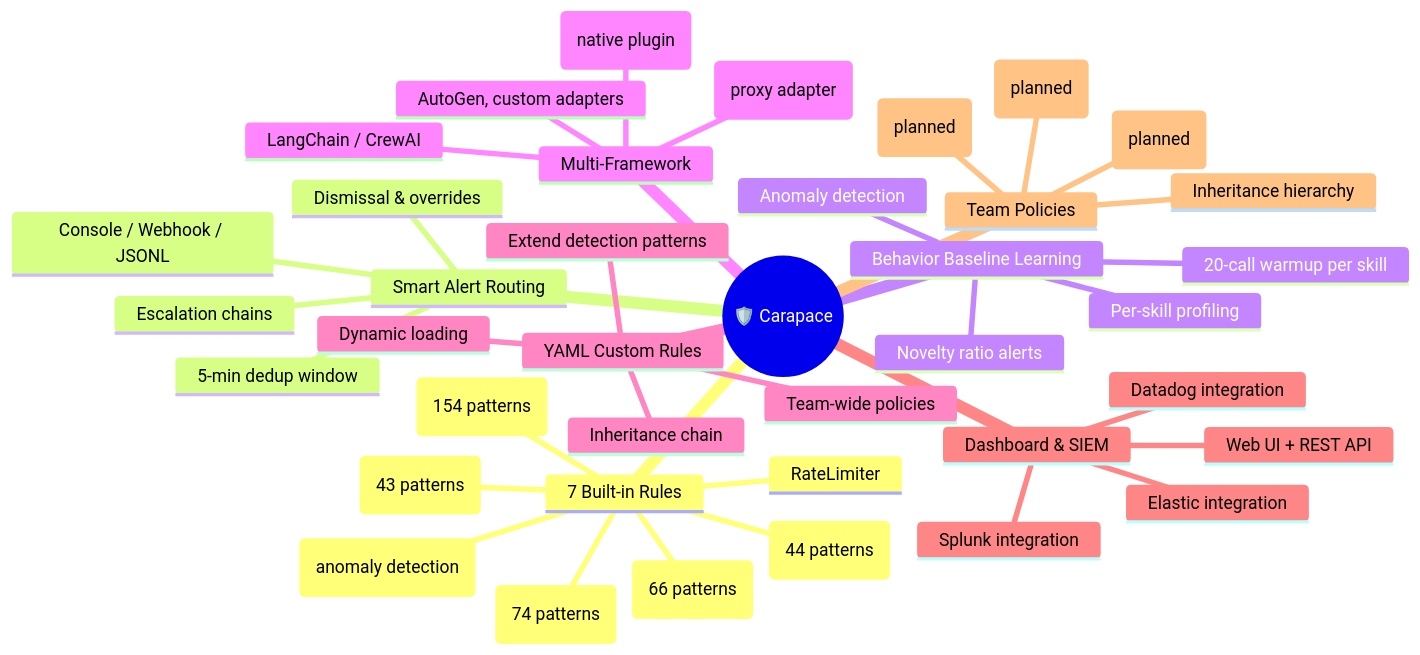
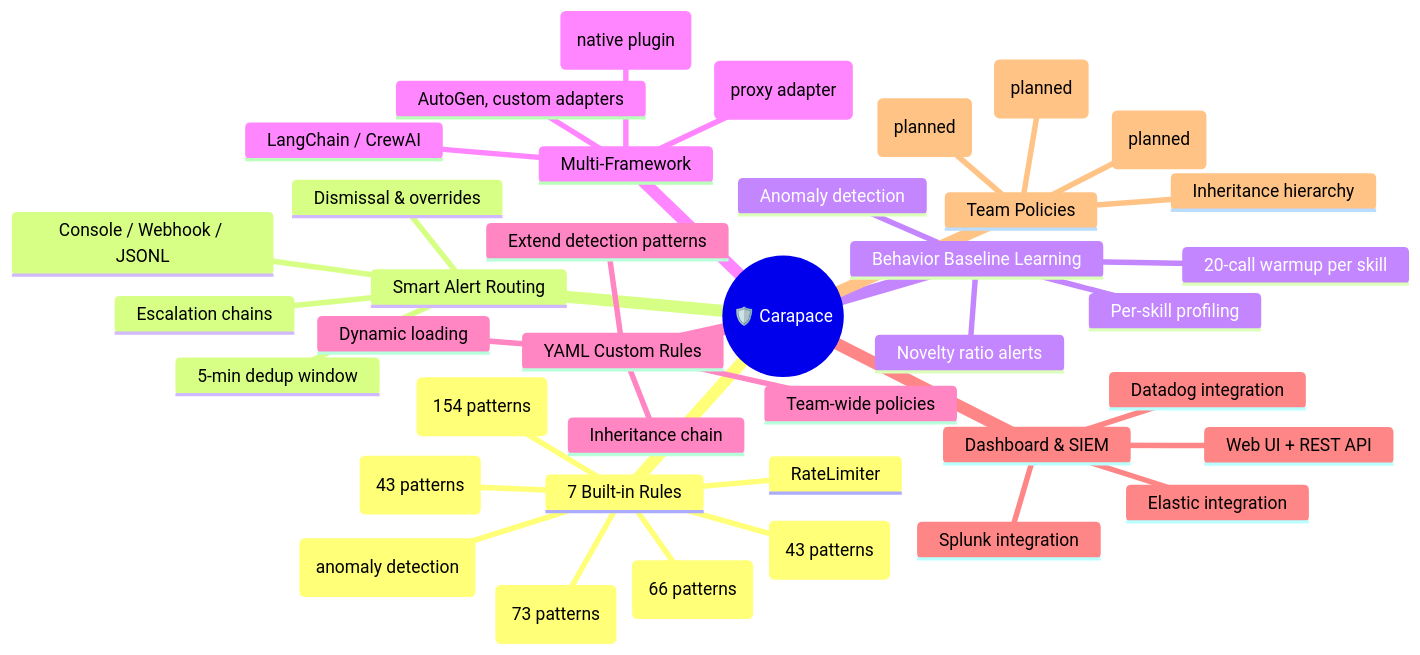
Before and after one commit to yeasy/carapace: the first of 4 diagrams in README.md, drawn with Mermaid. The commit also changed other lines of this file and 2 other files, not shown here.

Commit message:
Fix PathGuard and NetworkGuard pattern counts

````diff
--- a/README.md
+++ b/README.md
@@ -70,42 +70,42 @@
 ```mermaid
 mindmap
   root((🛡️ Carapace))
     7 Built-in Rules
       ExecGuard (154 patterns)
-      PathGuard (74 patterns)
-      NetworkGuard (44 patterns)
+      PathGuard (73 patterns)
+      NetworkGuard (43 patterns)
       RateLimiter
       PromptInjection (43 patterns)
       DataExfil (66 patterns)
       BaselineDrift (anomaly detection)
     Smart Alert Routing
       5-min dedup window
       Escalation chains
       Dismissal & overrides
       Console / Webhook / JSONL
     Behavior Baseline Learning
       20-call warmup per skill
       Per-skill profiling
       Anomaly detection
       Novelty ratio alerts
     Multi-Framework
       OpenClaw (native plugin)
       MCP (proxy adapter)
       LangChain / CrewAI
       AutoGen, custom adapters
     YAML Custom Rules
       Extend detection patterns
       Team-wide policies
       Inheritance chain
       Dynamic loading
     Dashboard & SIEM
       Web UI + REST API
       Splunk integration
       Elastic integration
       Datadog integration
     Team Policies
       Inheritance hierarchy
       Role-based access (planned)
       Policy versioning (planned)
       Audit logging (planned)
 ```
````
